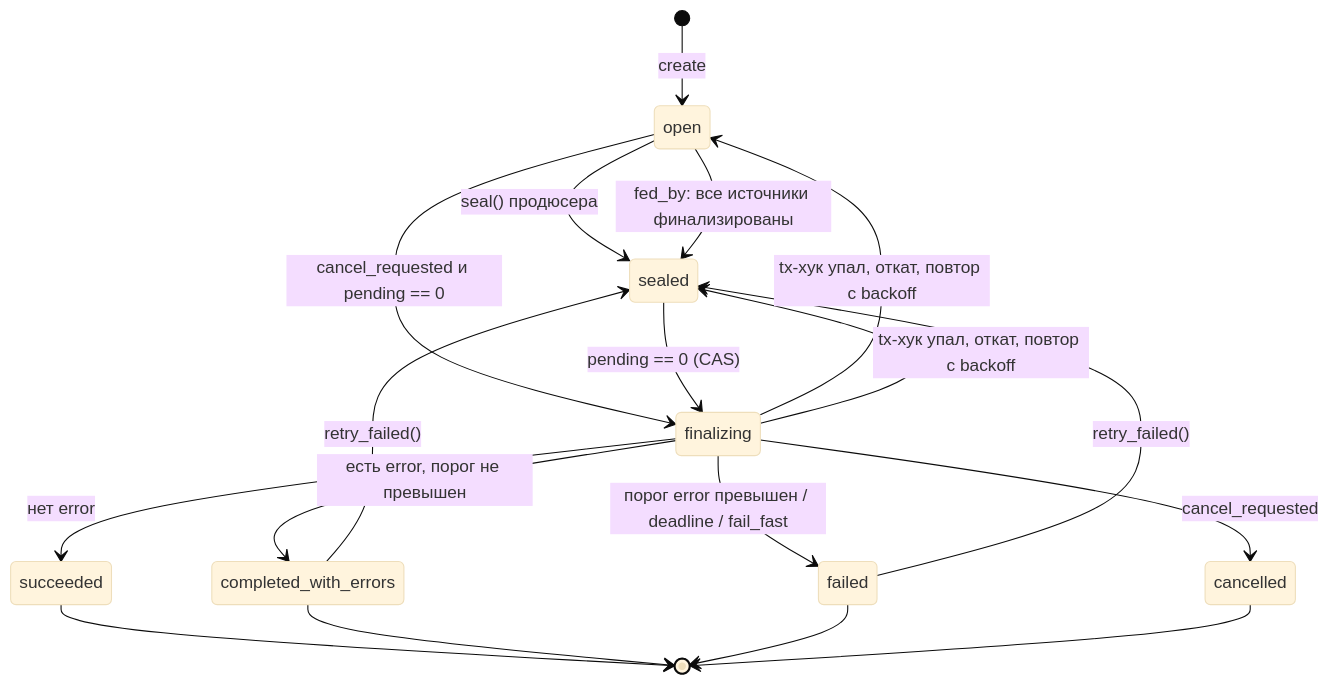
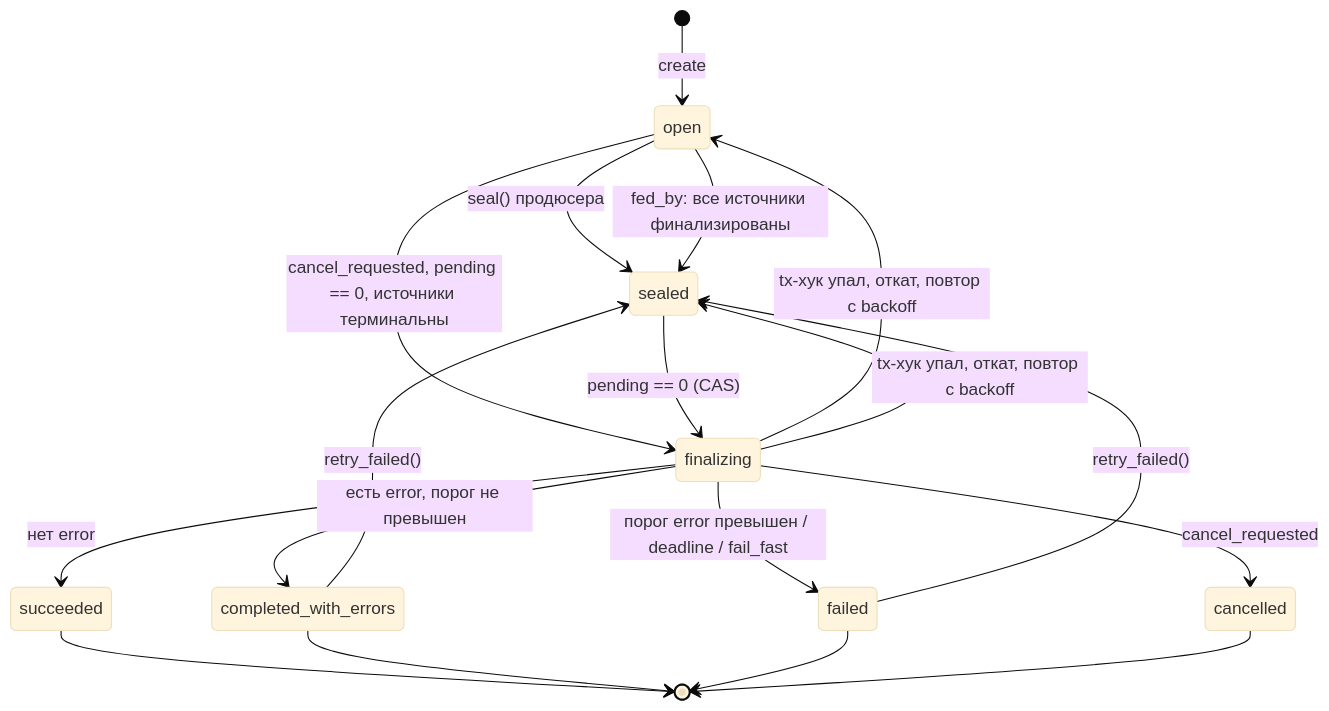
Before and after one commit to 0cherednoq/Tallyho: the sixth of 40 diagrams in docs/ARCHITECTURE.md, drawn with Mermaid (base theme). The commit also changed other lines of this file and 3 other files, not shown here.

````diff
--- a/docs/ARCHITECTURE.md
+++ b/docs/ARCHITECTURE.md
@@ -583,20 +583,20 @@
 ```mermaid
 stateDiagram-v2
     [*] --> open : create
     open --> sealed : seal() продюсера
     open --> sealed : fed_by: все источники финализированы
-    open --> finalizing : cancel_requested и pending == 0
+    open --> finalizing : cancel_requested, pending == 0, источники терминальны
     sealed --> finalizing : pending == 0 (CAS)
     finalizing --> open : tx-хук упал, откат, повтор с backoff
     finalizing --> sealed : tx-хук упал, откат, повтор с backoff
     finalizing --> succeeded : нет error
     finalizing --> completed_with_errors : есть error, порог не превышен
     finalizing --> failed : порог error превышен / deadline / fail_fast
     finalizing --> cancelled : cancel_requested
     succeeded --> [*]
     completed_with_errors --> [*]
     failed --> [*]
     cancelled --> [*]
     completed_with_errors --> sealed : retry_failed()
     failed --> sealed : retry_failed()
 ```
````
